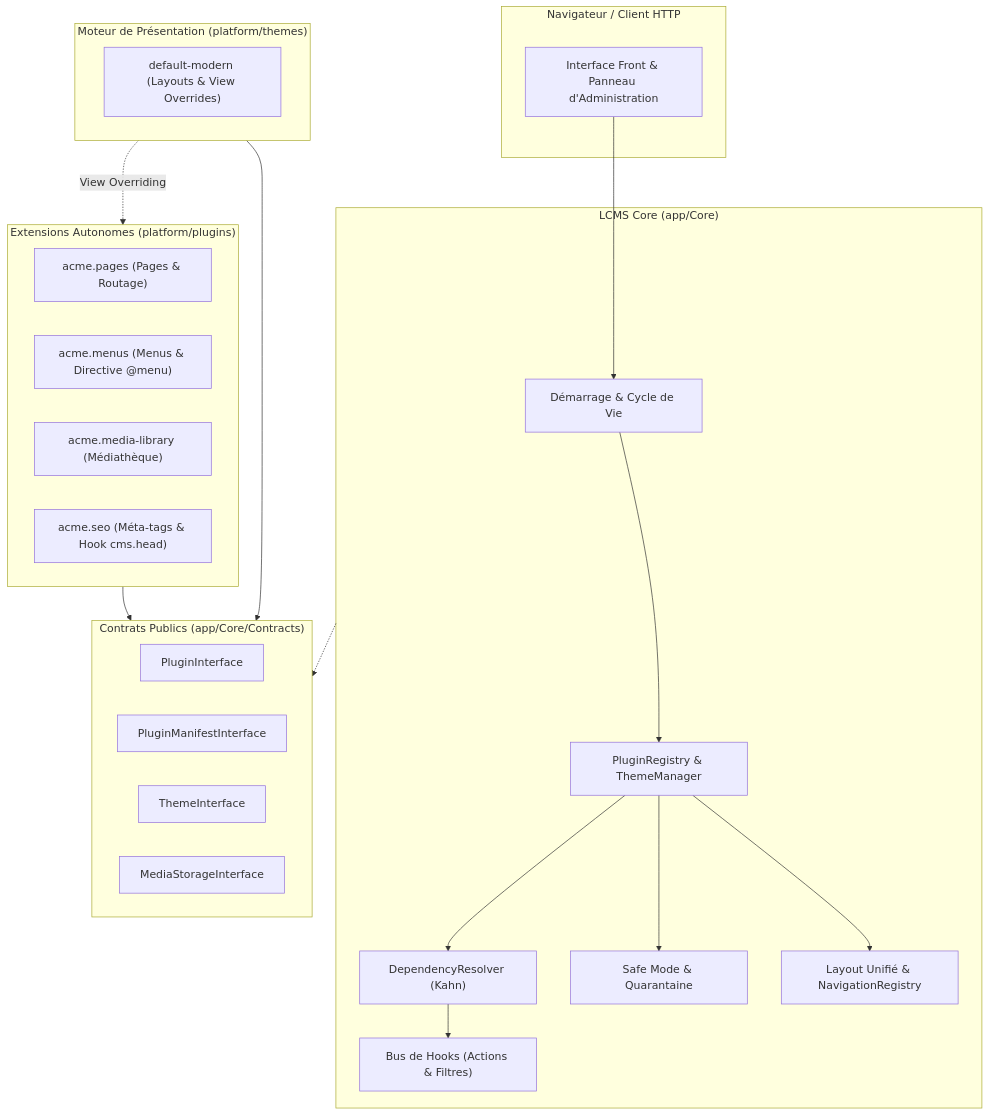
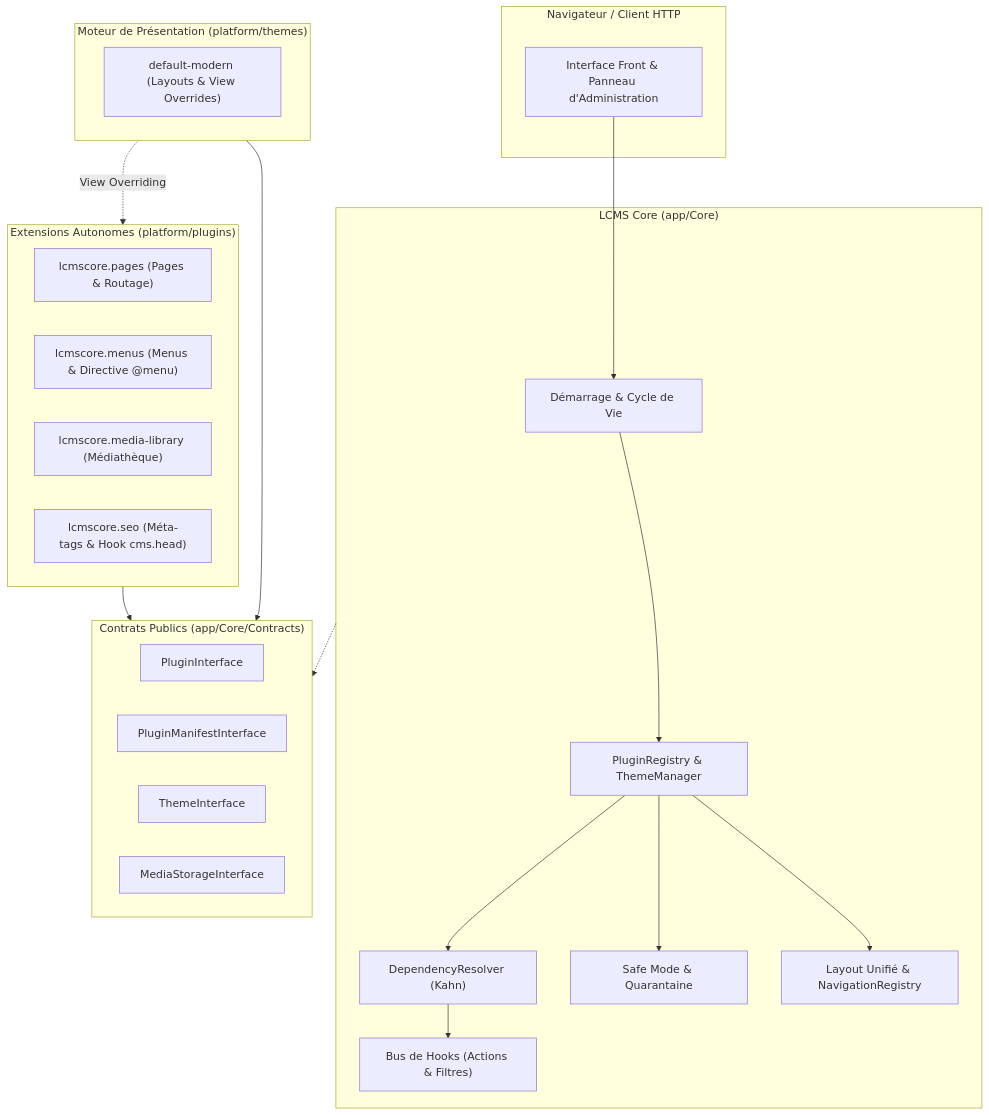
The diagram in README.md (elouafidev/lcms-core), drawn with Mermaid before and after one commit. The commit also changed other lines of this file and 95 other files, not shown here.

Commit message:
refactor(plugins): replace vendor prefix acme with lcmscore across all plugins

````diff
--- a/README.md
+++ b/README.md
@@ -50,45 +50,45 @@
 ```mermaid
 flowchart TD
     subgraph Client["Navigateur / Client HTTP"]
         UI["Interface Front & Panneau d'Administration"]
     end
 
     subgraph Core["LCMS Core (app/Core)"]
         Kernel["Démarrage & Cycle de Vie"]
         Registry["PluginRegistry & ThemeManager"]
         Resolver["DependencyResolver (Kahn)"]
         Hooks["Bus de Hooks (Actions & Filtres)"]
         SafeMode["Safe Mode & Quarantaine"]
         AdminLayout["Layout Unifié & NavigationRegistry"]
     end
 
     subgraph Contracts["Contrats Publics (app/Core/Contracts)"]
         PluginContract["PluginInterface"]
         ManifestContract["PluginManifestInterface"]
         ThemeContract["ThemeInterface"]
         StorageContract["MediaStorageInterface"]
     end
 
     subgraph Plugins["Extensions Autonomes (platform/plugins)"]
-        Pages["acme.pages (Pages & Routage)"]
-        Menus["acme.menus (Menus & Directive @menu)"]
-        Media["acme.media-library (Médiathèque)"]
-        SEO["acme.seo (Méta-tags & Hook cms.head)"]
+        Pages["lcmscore.pages (Pages & Routage)"]
+        Menus["lcmscore.menus (Menus & Directive @menu)"]
+        Media["lcmscore.media-library (Médiathèque)"]
+        SEO["lcmscore.seo (Méta-tags & Hook cms.head)"]
     end
 
     subgraph Themes["Moteur de Présentation (platform/themes)"]
         DefaultTheme["default-modern (Layouts & View Overrides)"]
     end
 
     UI --> Kernel
     Kernel --> Registry
     Registry --> Resolver
     Resolver --> Hooks
     Registry --> SafeMode
     Registry --> AdminLayout
 
     Core -.-> Contracts
     Plugins --> Contracts
     Themes --> Contracts
     Themes -.->|View Overriding| Plugins
 ```
````
